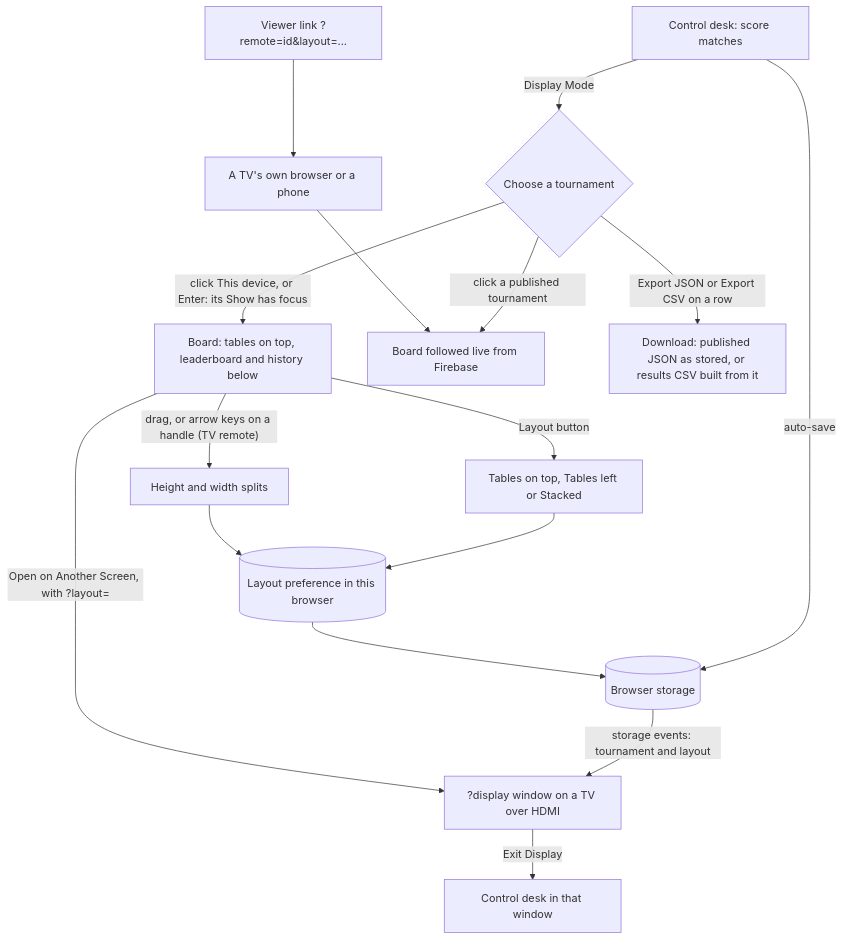
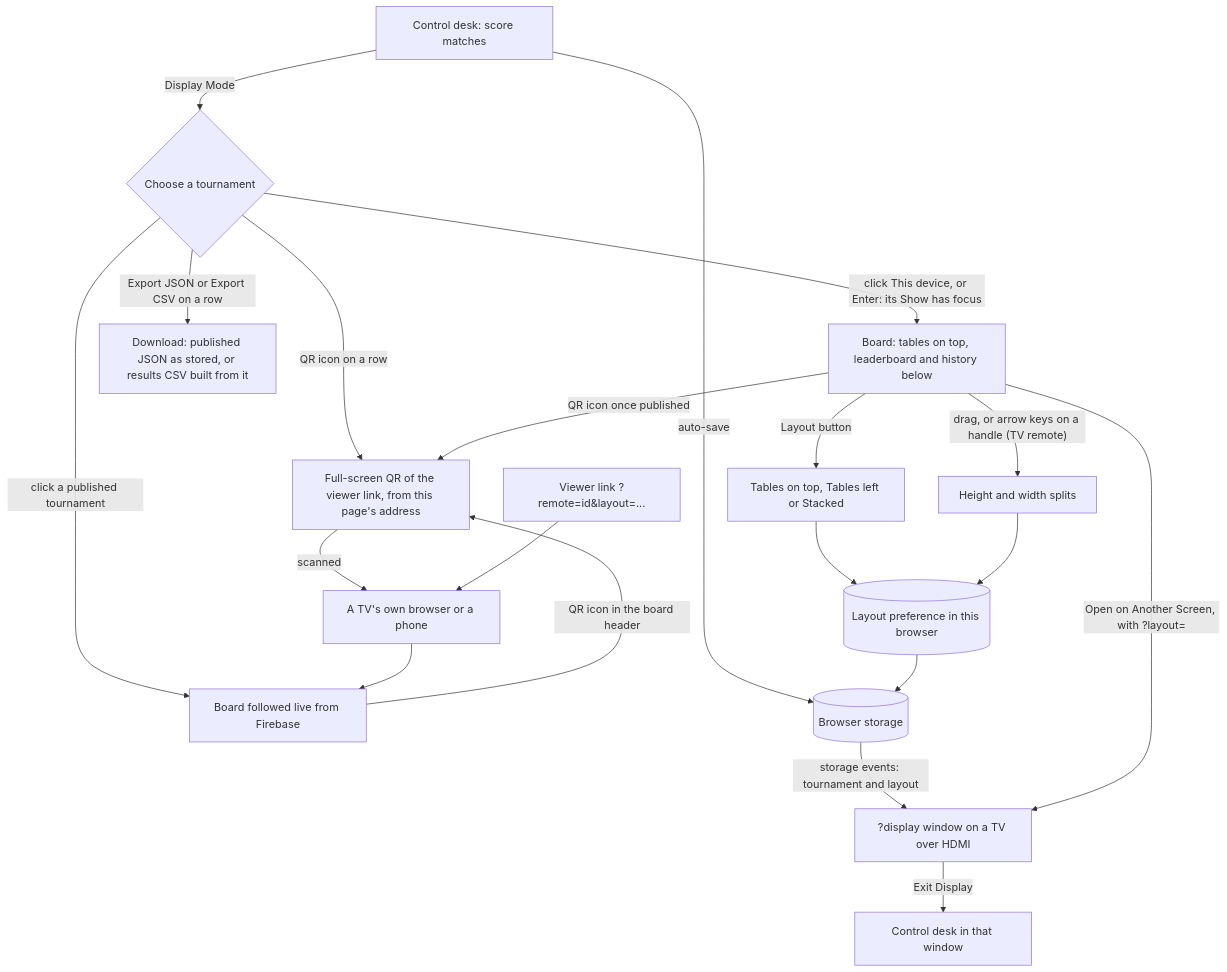
The fifth of 7 diagrams in README.md (DT209/foos-tourney), drawn with Mermaid before and after one commit. The commit also changed other lines of this file and 10 other files, not shown here.

````diff
--- a/README.md
+++ b/README.md
@@ -280,18 +297,22 @@
 ```mermaid
 flowchart TD
     DESK["Control desk: score matches"] -->|"Display Mode"| PICK{"Choose a tournament"}
     PICK -->|"click This device, or Enter: its Show has focus"| BOARD["Board: tables on top, leaderboard and history below"]
     PICK -->|"click a published tournament"| LIVE["Board followed live from Firebase"]
     PICK -->|"Export JSON or Export CSV on a row"| FILE["Download: published JSON as stored, or results CSV built from it"]
+    PICK -->|"QR icon on a row"| QR["Full-screen QR of the viewer link, from this page's address"]
+    LIVE -->|"QR icon in the board header"| QR
+    BOARD -->|"QR icon once published"| QR
+    QR -->|"scanned"| TVB
     BOARD -->|"Layout button"| ARR["Tables on top, Tables left or Stacked"]
     BOARD -->|"drag, or arrow keys on a handle (TV remote)"| SIZE["Height and width splits"]
     ARR --> PREF[("Layout preference in this browser")]
     SIZE --> PREF
     DESK -->|"auto-save"| LS[("Browser storage")]
     LS -->|"storage events: tournament and layout"| WIN["?display window on a TV over HDMI"]
     PREF --> LS
     BOARD -->|"Open on Another Screen, with ?layout="| WIN
     LINK["Viewer link ?remote=id&layout=..."] --> TVB["A TV's own browser or a phone"]
     TVB --> LIVE
     WIN -->|"Exit Display"| DESK2["Control desk in that window"]
 ```
````
